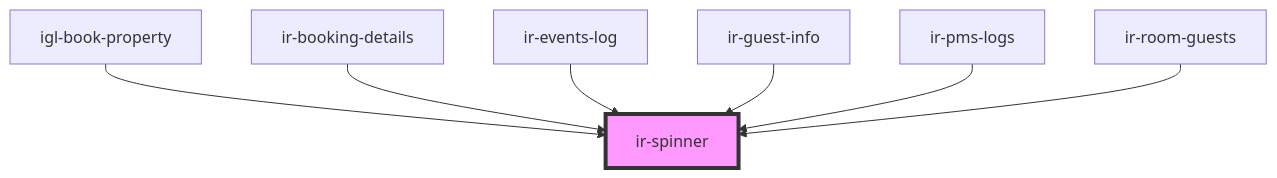
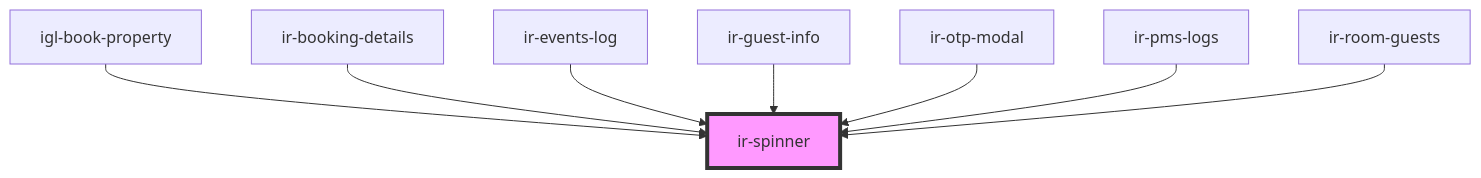
One commit to David1Chowaifaty/modified-ir-webcmp changed the diagram in src/components/ui/ir-spinner/readme.md. Above: the diagram before and after it, drawn with Mermaid. The commit also changed other lines of this file and 28 other files, not shown here.

````diff
--- a/src/components/ui/ir-spinner/readme.md
+++ b/src/components/ui/ir-spinner/readme.md
@@ -30,10 +31,11 @@
 ```mermaid
 graph TD;
   igl-book-property --> ir-spinner
   ir-booking-details --> ir-spinner
   ir-events-log --> ir-spinner
   ir-guest-info --> ir-spinner
+  ir-otp-modal --> ir-spinner
   ir-pms-logs --> ir-spinner
   ir-room-guests --> ir-spinner
   style ir-spinner fill:#f9f,stroke:#333,stroke-width:4px
 ```
````
